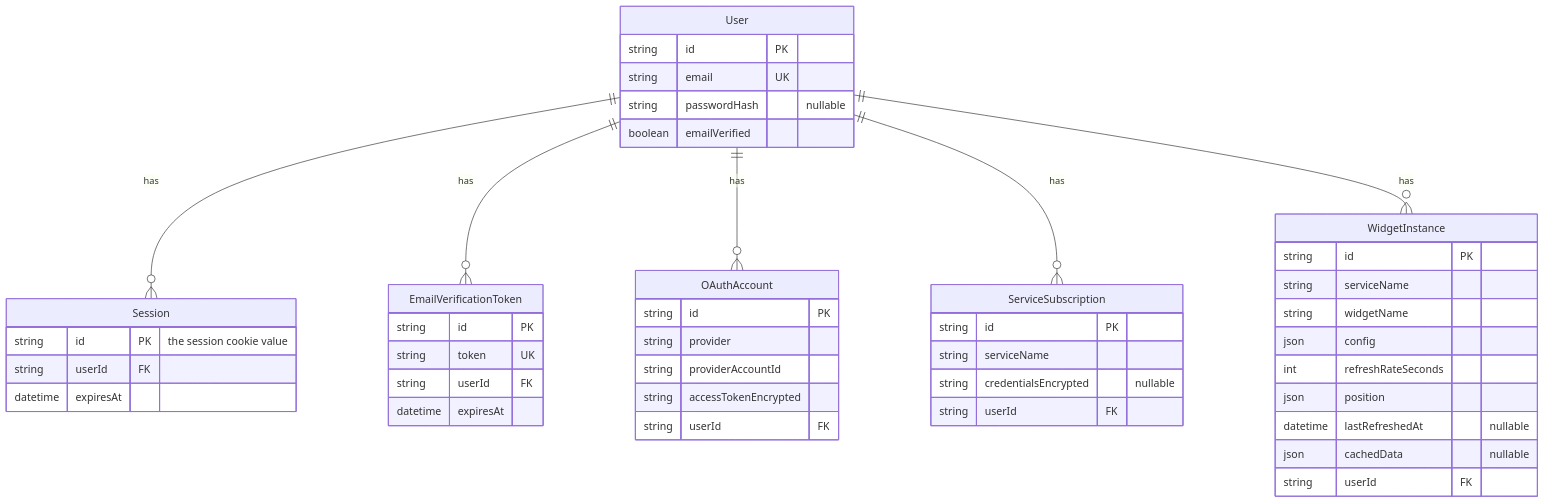
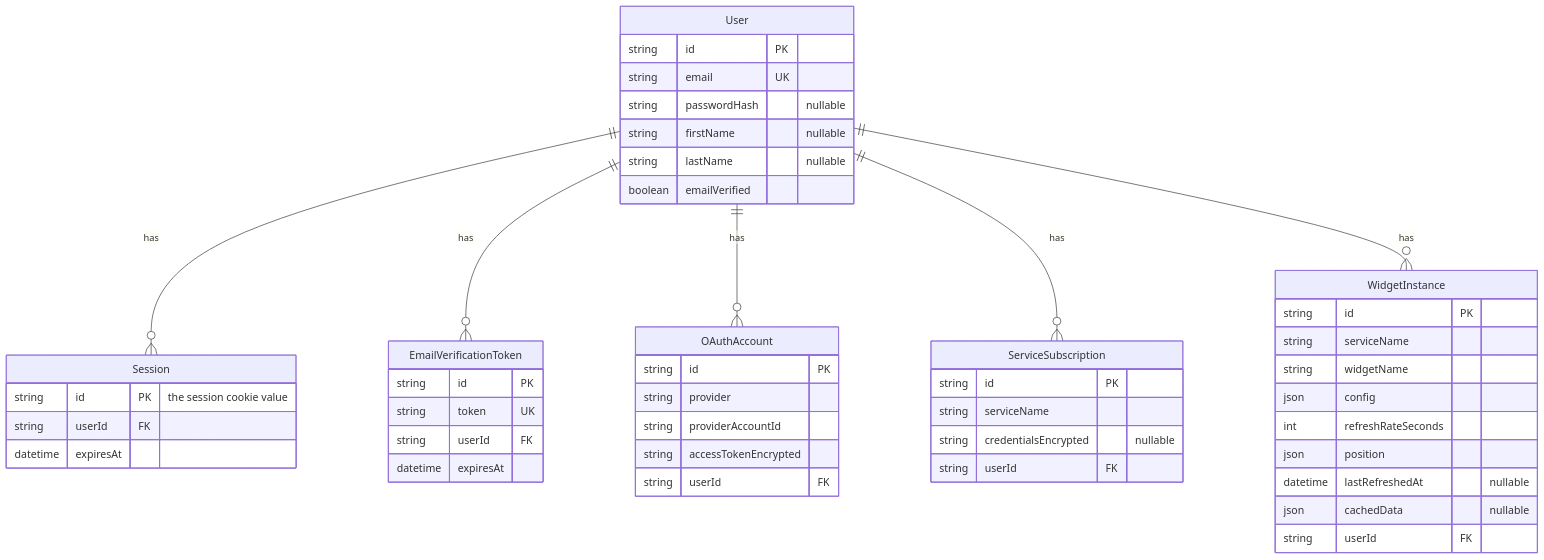
Before and after one commit to negi522007/Morex-dashboard: the second of 7 diagrams in ARCHITECTURE.md, drawn with Mermaid. The commit also changed other lines of this file and 6 other files, not shown here.

````diff
--- a/ARCHITECTURE.md
+++ b/ARCHITECTURE.md
@@ -92,50 +92,52 @@
 ```mermaid
 erDiagram
     User ||--o{ Session : has
     User ||--o{ EmailVerificationToken : has
     User ||--o{ OAuthAccount : has
     User ||--o{ ServiceSubscription : has
     User ||--o{ WidgetInstance : has
 
     User {
         string id PK
         string email UK
         string passwordHash "nullable"
+        string firstName "nullable"
+        string lastName "nullable"
         boolean emailVerified
     }
     Session {
         string id PK "the session cookie value"
         string userId FK
         datetime expiresAt
     }
     EmailVerificationToken {
         string id PK
         string token UK
         string userId FK
         datetime expiresAt
     }
     OAuthAccount {
         string id PK
         string provider
         string providerAccountId
         string accessTokenEncrypted
         string userId FK
     }
     ServiceSubscription {
         string id PK
         string serviceName
         string credentialsEncrypted "nullable"
         string userId FK
     }
     WidgetInstance {
         string id PK
         string serviceName
         string widgetName
         json config
         int refreshRateSeconds
         json position
         datetime lastRefreshedAt "nullable"
         json cachedData "nullable"
         string userId FK
     }
 ```
````
